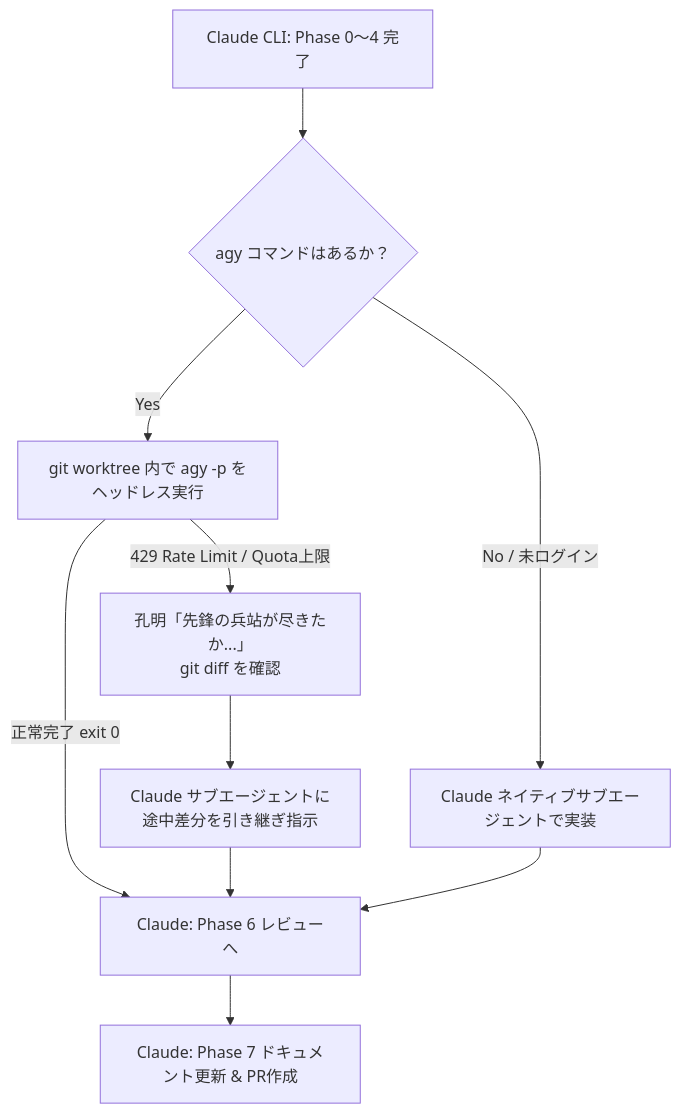
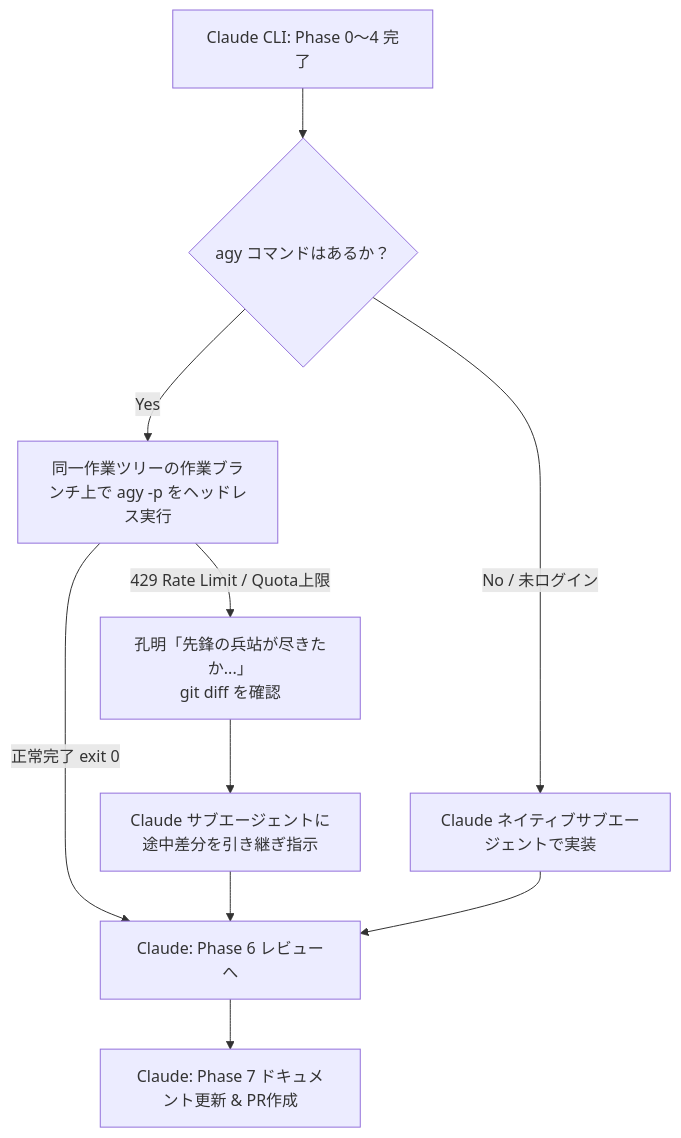
Before and after one commit to dev-terafro/koumei-ai-team-framework: the third of 3 diagrams in docs/target-cli-flows.md, drawn with Mermaid. The commit also changed other lines of this file and 9 other files, not shown here.

````diff
--- a/docs/target-cli-flows.md
+++ b/docs/target-cli-flows.md
@@ -126,14 +126,14 @@
 ```mermaid
 flowchart TD
     A[Claude CLI: Phase 0〜4 完了] --> B{agy コマンドはあるか？}
     
-    B -->|Yes| C[git worktree 内で agy -p をヘッドレス実行]
+    B -->|Yes| C[同一作業ツリーの作業ブランチ上で agy -p をヘッドレス実行]
     B -->|No / 未ログイン| D[Claude ネイティブサブエージェントで実装]
     
     C -->|正常完了 exit 0| E[Claude: Phase 6 レビューへ]
     C -->|429 Rate Limit / Quota上限| F[孔明「先鋒の兵站が尽きたか...」<br/>git diff を確認] --> G[Claude サブエージェントに途中差分を引き継ぎ指示]
     G --> E
     
     D --> E
     E --> H[Claude: Phase 7 ドキュメント更新 & PR作成]
 ```
````
